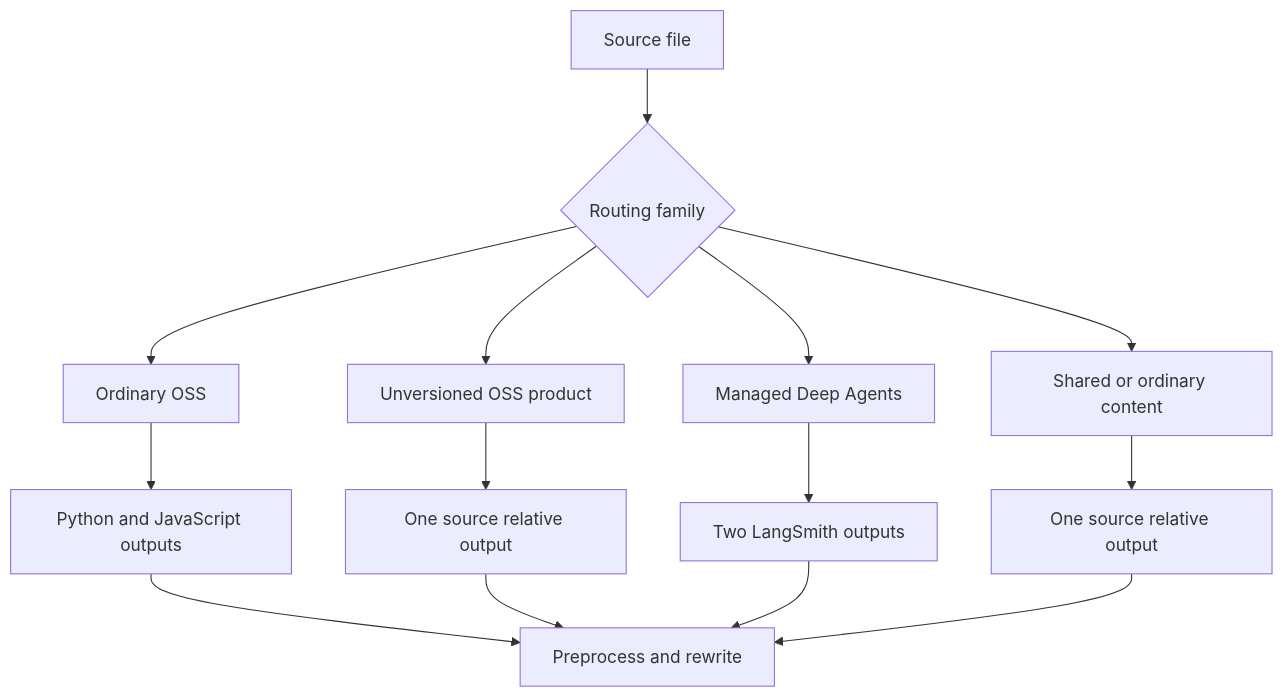
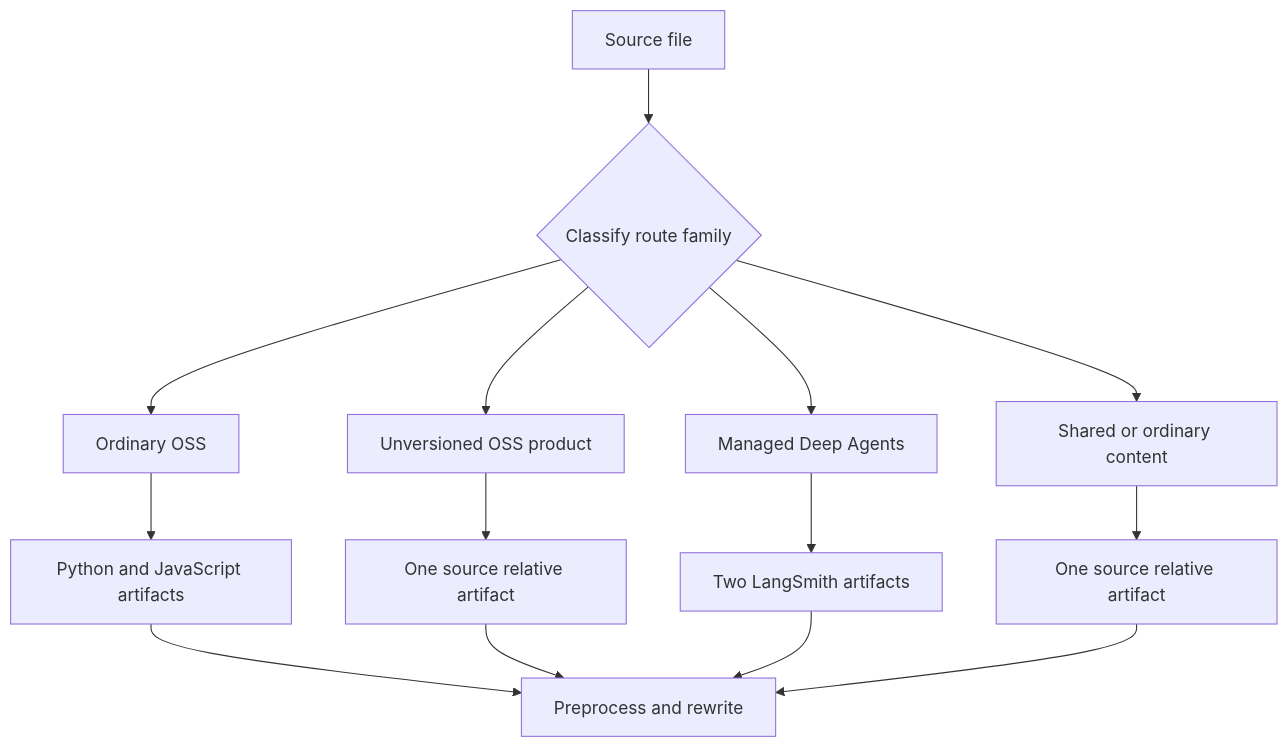
The diagram in openwiki/testing/builder-tests.md (rishi-raj-jain/docs-1), drawn with Mermaid before and after one commit. The commit also changed other lines of this file and 53 other files, not shown here.

````diff
--- a/openwiki/testing/builder-tests.md
+++ b/openwiki/testing/builder-tests.md
@@ -82,16 +63,16 @@
 ```mermaid
 flowchart TD
-    Source["Source file"] --> Kind{"Routing family"}
-    Kind --> Oss["Ordinary OSS"]
-    Kind --> Product["Unversioned OSS product"]
-    Kind --> Managed["Managed Deep Agents"]
-    Kind --> Shared["Shared or ordinary content"]
-    Oss --> Pair["Python and JavaScript outputs"]
-    Product --> Once["One source relative output"]
-    Managed --> ManagedPair["Two LangSmith outputs"]
-    Shared --> Single["One source relative output"]
-    Pair --> Transform["Preprocess and rewrite"]
-    Once --> Transform
-    ManagedPair --> Transform
-    Single --> Transform
+    Source["Source file"] --> Family{"Classify route family"}
+    Family --> Oss["Ordinary OSS"]
+    Family --> Product["Unversioned OSS product"]
+    Family --> Managed["Managed Deep Agents"]
+    Family --> Shared["Shared or ordinary content"]
+    Oss --> Pair["Python and JavaScript artifacts"]
+    Product --> Once["One source relative artifact"]
+    Managed --> ManagedPair["Two LangSmith artifacts"]
+    Shared --> Single["One source relative artifact"]
+    Pair --> Process["Preprocess and rewrite"]
+    Once --> Process
+    ManagedPair --> Process
+    Single --> Process
 ```
````
